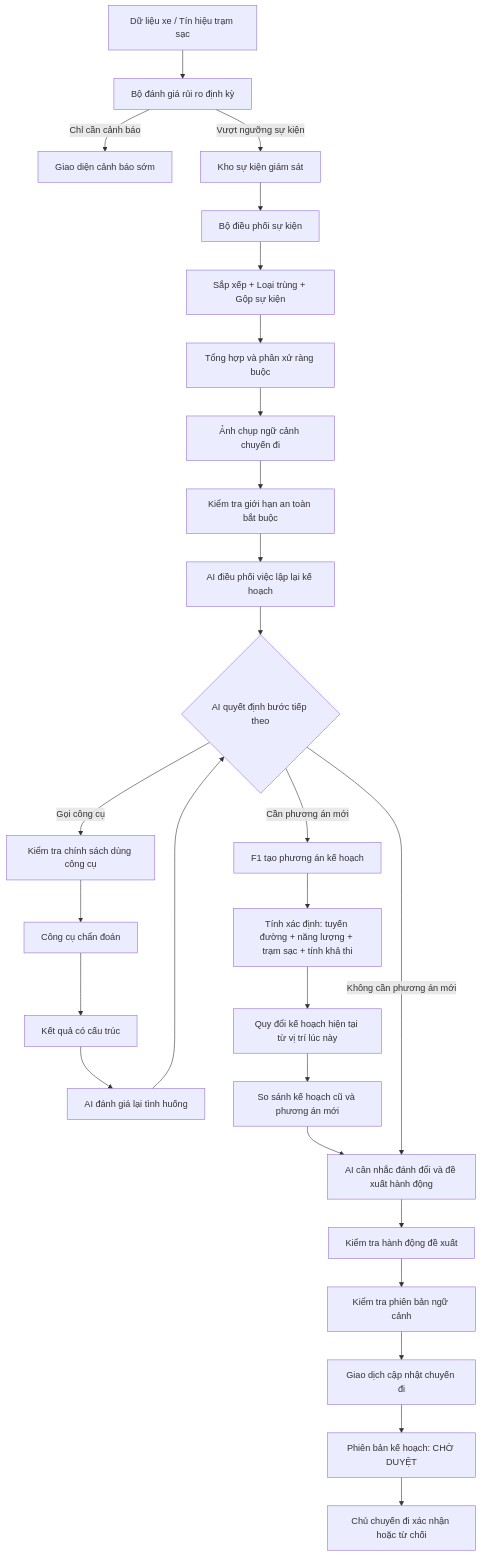
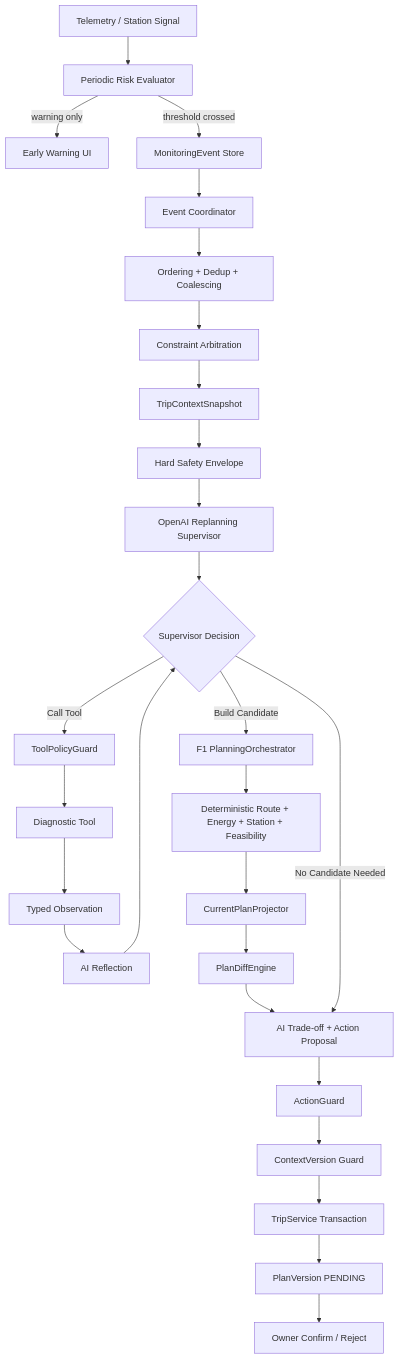
One commit to hoangnph951/Deploy_EV changed the first of 3 diagrams in docs/FEATURE_4_IMPLEMENTATION_SPEC_v2.0.md. Above: the diagram before and after it, drawn with Mermaid. The commit also changed other lines of this file and 102 other files, not shown here.

````diff
--- a/docs/FEATURE_4_IMPLEMENTATION_SPEC_v2.0.md
+++ b/docs/FEATURE_4_IMPLEMENTATION_SPEC_v2.0.md
@@ -177,41 +177,41 @@
 ```mermaid
 flowchart TD
-    T[Dữ liệu xe / Tín hiệu trạm sạc]
-    --> PRE[Bộ đánh giá rủi ro định kỳ]
+    T[Telemetry / Station Signal]
+    --> PRE[Periodic Risk Evaluator]
 
-    PRE -->|Chỉ cần cảnh báo| UIW[Giao diện cảnh báo sớm]
-    PRE -->|Vượt ngưỡng sự kiện| EV[Kho sự kiện giám sát]
+    PRE -->|warning only| UIW[Early Warning UI]
+    PRE -->|threshold crossed| EV[MonitoringEvent Store]
 
-    EV --> COORD[Bộ điều phối sự kiện]
-    COORD --> ORD[Sắp xếp + Loại trùng + Gộp sự kiện]
-    ORD --> ARB[Tổng hợp và phân xử ràng buộc]
+    EV --> COORD[Event Coordinator]
+    COORD --> ORD[Ordering + Dedup + Coalescing]
+    ORD --> ARB[Constraint Arbitration]
 
-    ARB --> CTX[Ảnh chụp ngữ cảnh chuyến đi]
-    CTX --> GUARD0[Kiểm tra giới hạn an toàn bắt buộc]
+    ARB --> CTX[TripContextSnapshot]
+    CTX --> GUARD0[Hard Safety Envelope]
 
-    GUARD0 --> SUP[AI điều phối việc lập lại kế hoạch]
+    GUARD0 --> SUP[OpenAI Replanning Supervisor]
 
-    SUP --> TD{AI quyết định bước tiếp theo}
+    SUP --> TD{Supervisor Decision}
 
-    TD -->|Gọi công cụ| PG[Kiểm tra chính sách dùng công cụ]
-    PG --> TOOL[Công cụ chẩn đoán]
-    TOOL --> OBS[Kết quả có cấu trúc]
-    OBS --> REF[AI đánh giá lại tình huống]
+    TD -->|Call Tool| PG[ToolPolicyGuard]
+    PG --> TOOL[Diagnostic Tool]
+    TOOL --> OBS[Typed Observation]
+    OBS --> REF[AI Reflection]
     REF --> TD
 
-    TD -->|Cần phương án mới| F1[F1 tạo phương án kế hoạch]
-    F1 --> SAFE[Tính xác định: tuyến đường + năng lượng + trạm sạc + tính khả thi]
+    TD -->|Build Candidate| F1[F1 PlanningOrchestrator]
+    F1 --> SAFE[Deterministic Route + Energy + Station + Feasibility]
 
-    SAFE --> BASE[Quy đổi kế hoạch hiện tại từ vị trí lúc này]
-    BASE --> DIFF[So sánh kế hoạch cũ và phương án mới]
+    SAFE --> BASE[CurrentPlanProjector]
+    BASE --> DIFF[PlanDiffEngine]
 
-    DIFF --> FINAL[AI cân nhắc đánh đổi và đề xuất hành động]
-    TD -->|Không cần phương án mới| FINAL
+    DIFF --> FINAL[AI Trade-off + Action Proposal]
+    TD -->|No Candidate Needed| FINAL
 
-    FINAL --> AG[Kiểm tra hành động đề xuất]
-    AG --> CV[Kiểm tra phiên bản ngữ cảnh]
-    CV --> TX[Giao dịch cập nhật chuyến đi]
+    FINAL --> AG[ActionGuard]
+    AG --> CV[ContextVersion Guard]
+    CV --> TX[TripService Transaction]
 
-    TX --> PENDING[Phiên bản kế hoạch: CHỜ DUYỆT]
-    PENDING --> USER[Chủ chuyến đi xác nhận hoặc từ chối]
+    TX --> PENDING[PlanVersion PENDING]
+    PENDING --> USER[Owner Confirm / Reject]
 ```
````
